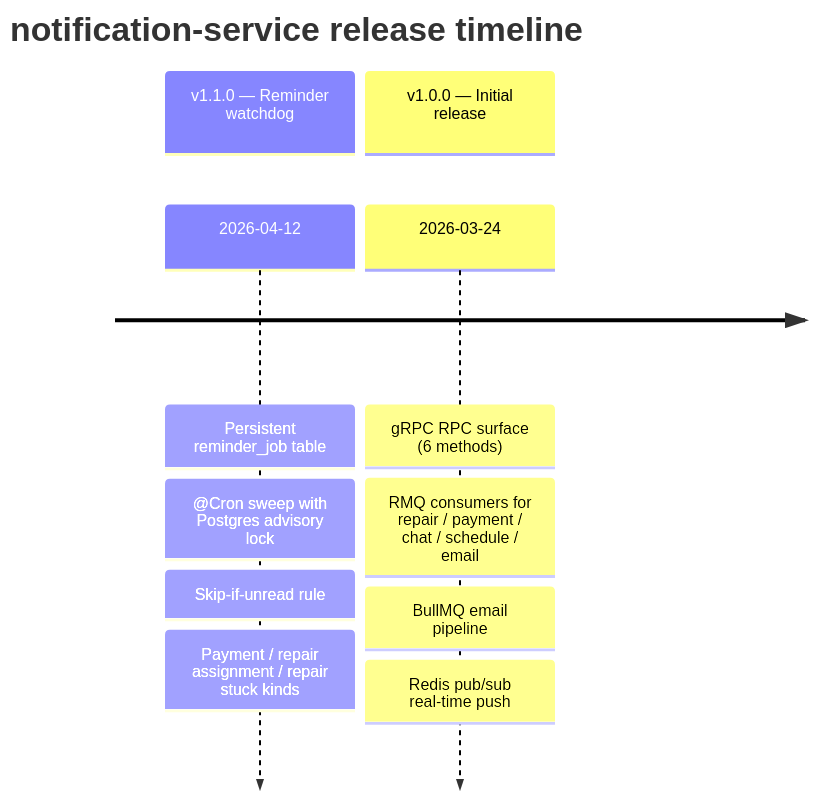
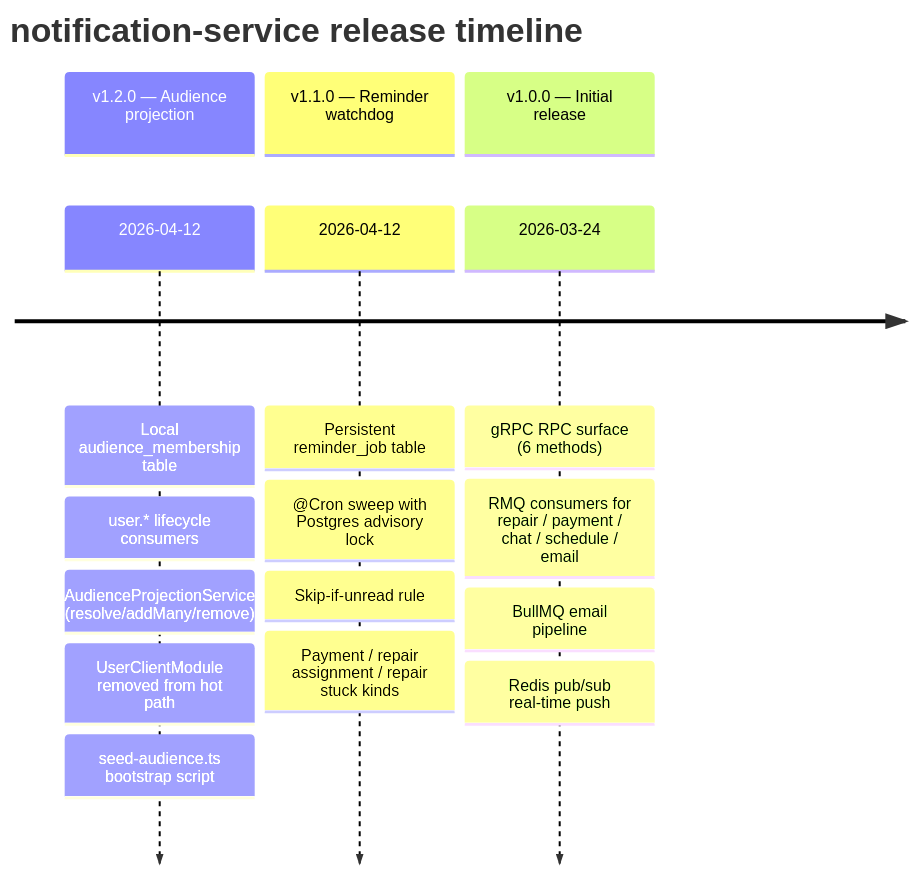
Diagram 21 of 21 in apps/notification-service/README.md (yolona-oss/asko-rsw), drawn with Mermaid before and after one commit. The commit also changed other lines of this file and 37 other files, not shown here.

````diff
--- a/apps/notification-service/README.md
+++ b/apps/notification-service/README.md
@@ -1045,14 +1189,20 @@
 ```mermaid
 timeline
     title notification-service release timeline
+    section v1.2.0 — Audience projection
+        2026-04-12 : Local audience_membership table
+                   : user.* lifecycle consumers
+                   : AudienceProjectionService (resolve/addMany/remove)
+                   : UserClientModule removed from hot path
+                   : seed-audience.ts bootstrap script
     section v1.1.0 — Reminder watchdog
         2026-04-12 : Persistent reminder_job table
                    : @Cron sweep with Postgres advisory lock
                    : Skip-if-unread rule
                    : Payment / repair assignment / repair stuck kinds
     section v1.0.0 — Initial release
         2026-03-24 : gRPC RPC surface (6 methods)
                    : RMQ consumers for repair / payment / chat / schedule / email
                    : BullMQ email pipeline
                    : Redis pub/sub real-time push
 ```
````
